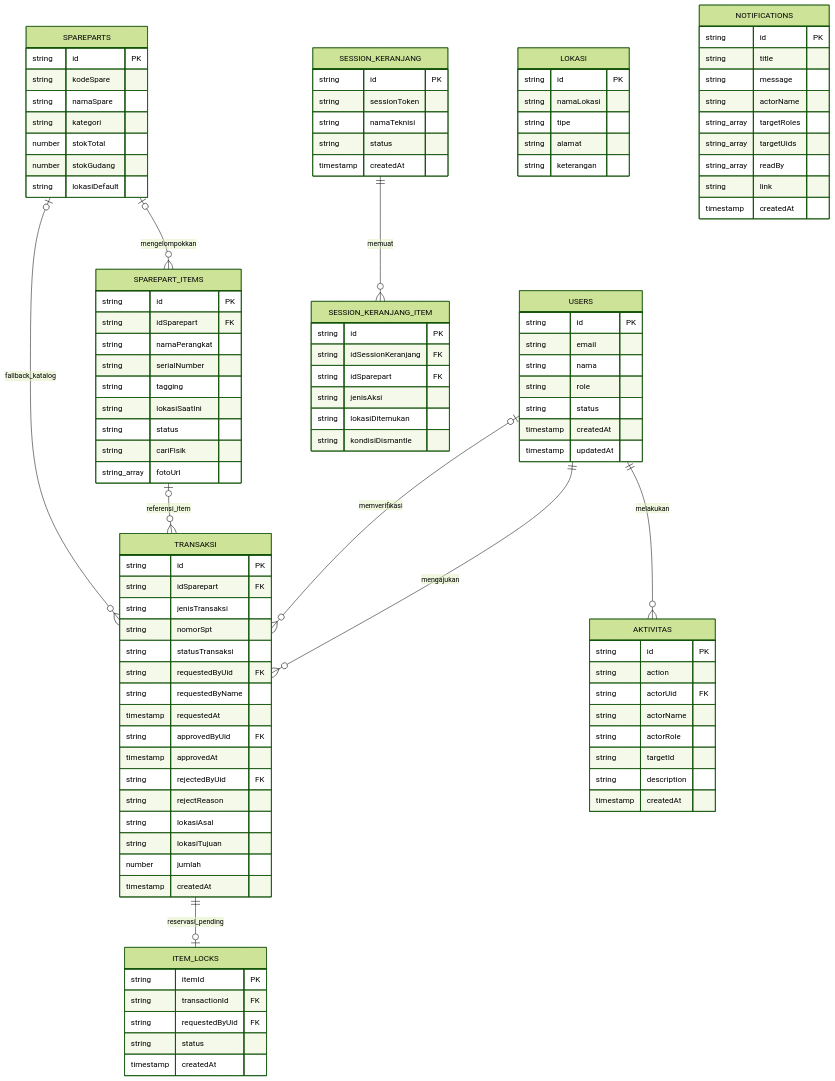
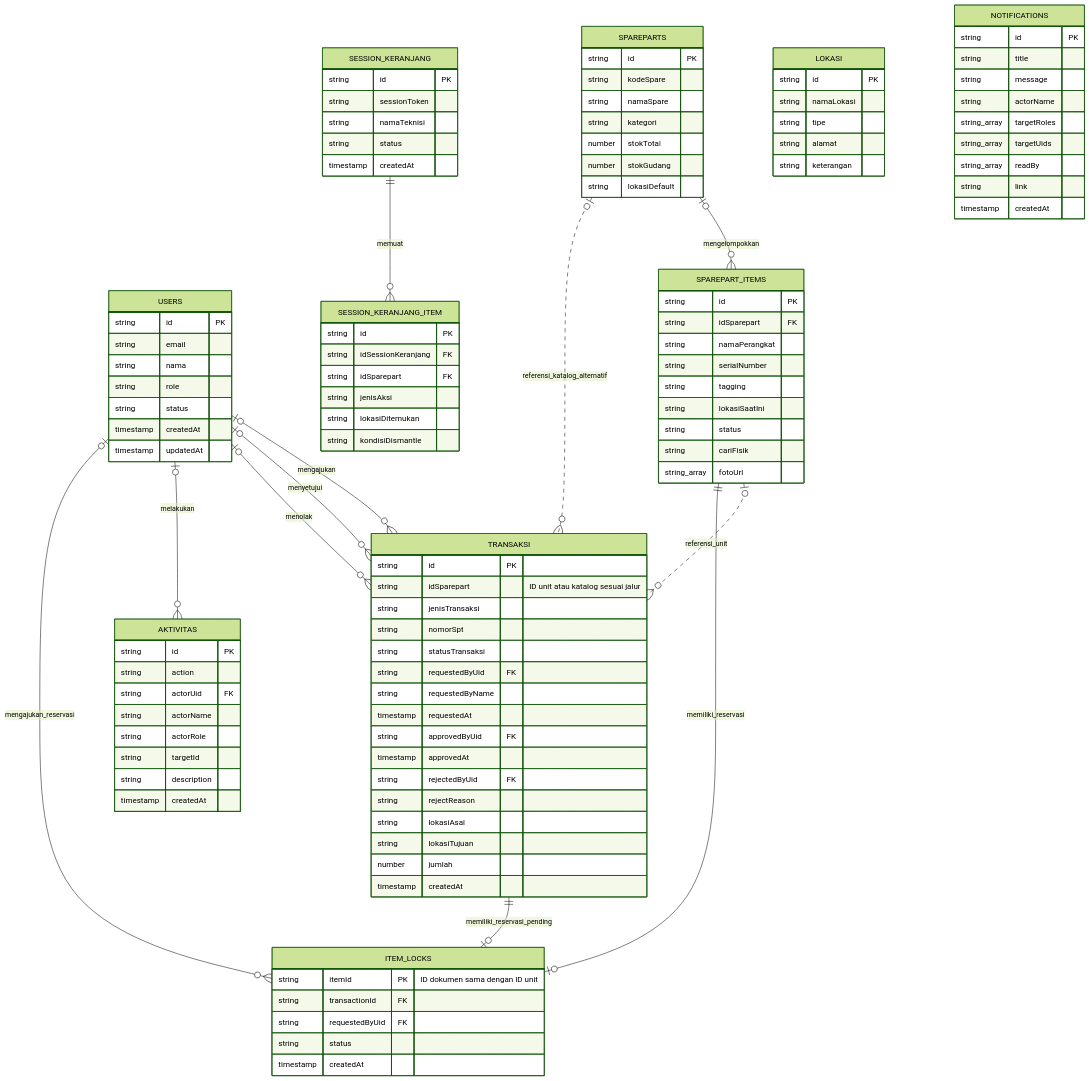
The fifth of 13 diagrams in README.md (Fadliyuu/Telkomsatt), drawn with Mermaid (forest theme) before and after one commit. The commit also changed other lines of this file, not shown here.

Commit message:
docs: refine ERD diagram and relations in README.md

````diff
--- a/README.md
+++ b/README.md
@@ -399,12 +399,19 @@
 ```mermaid
 erDiagram
-    USERS ||--o{ TRANSAKSI : mengajukan
-    USERS o|--o{ TRANSAKSI : memverifikasi
-    USERS ||--o{ AKTIVITAS : melakukan
+    USERS o|--o{ TRANSAKSI : mengajukan
+    USERS o|--o{ TRANSAKSI : menyetujui
+    USERS o|--o{ TRANSAKSI : menolak
+    USERS o|--o{ AKTIVITAS : melakukan
+
     SPAREPARTS o|--o{ SPAREPART_ITEMS : mengelompokkan
-    SPAREPART_ITEMS o|--o{ TRANSAKSI : referensi_item
-    SPAREPARTS o|--o{ TRANSAKSI : fallback_katalog
-    TRANSAKSI ||--o| ITEM_LOCKS : reservasi_pending
+
+    SPAREPART_ITEMS o|..o{ TRANSAKSI : referensi_unit
+    SPAREPARTS o|..o{ TRANSAKSI : referensi_katalog_alternatif
+
+    SPAREPART_ITEMS ||--o| ITEM_LOCKS : memiliki_reservasi
+    TRANSAKSI ||--o| ITEM_LOCKS : memiliki_reservasi_pending
+    USERS o|--o{ ITEM_LOCKS : mengajukan_reservasi
+
     SESSION_KERANJANG ||--o{ SESSION_KERANJANG_ITEM : memuat
     USERS {
         string id PK
@@ -437,7 +444,7 @@
     }
     TRANSAKSI {
         string id PK
-        string idSparepart FK
+        string idSparepart "ID unit atau katalog sesuai jalur"
         string jenisTransaksi
         string nomorSpt
         string statusTransaksi
@@ -454,7 +461,7 @@
         timestamp createdAt
     }
     ITEM_LOCKS {
-        string itemId PK
+        string itemId PK "ID dokumen sama dengan ID unit"
         string transactionId FK
         string requestedByUid FK
         string status
````
